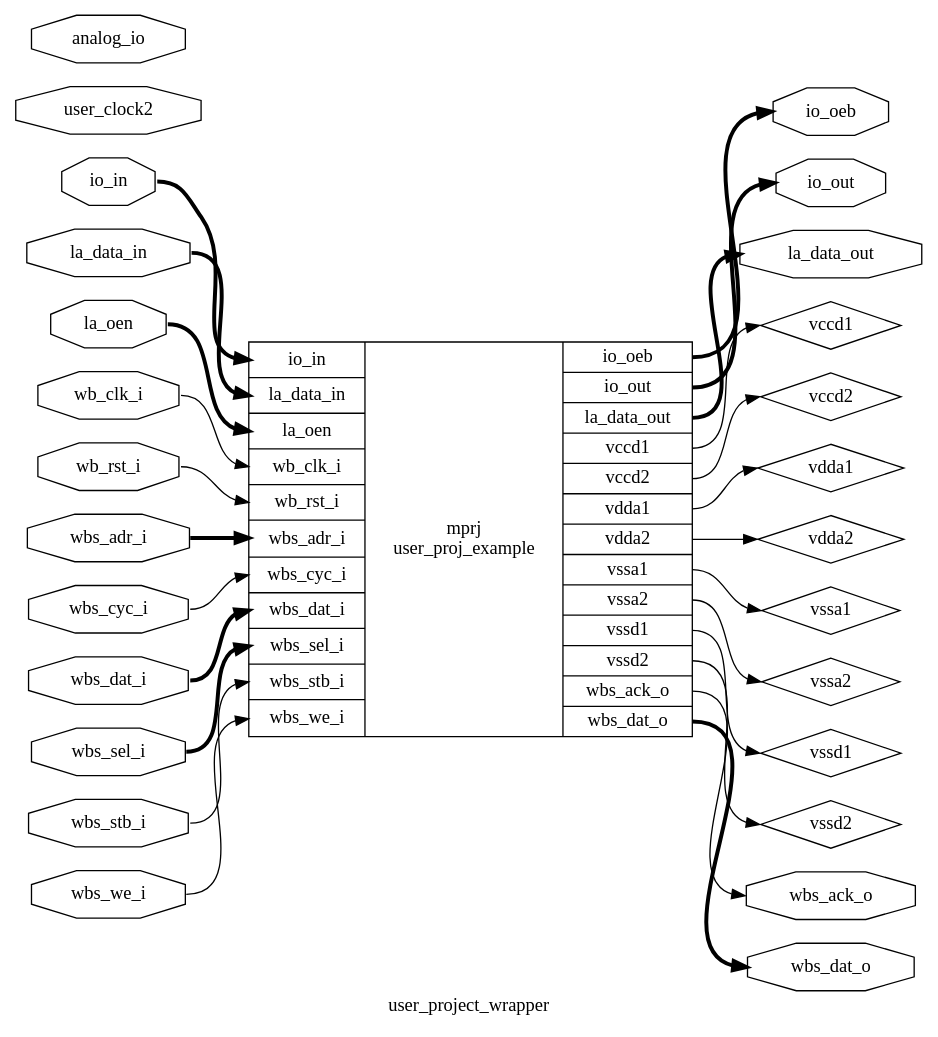
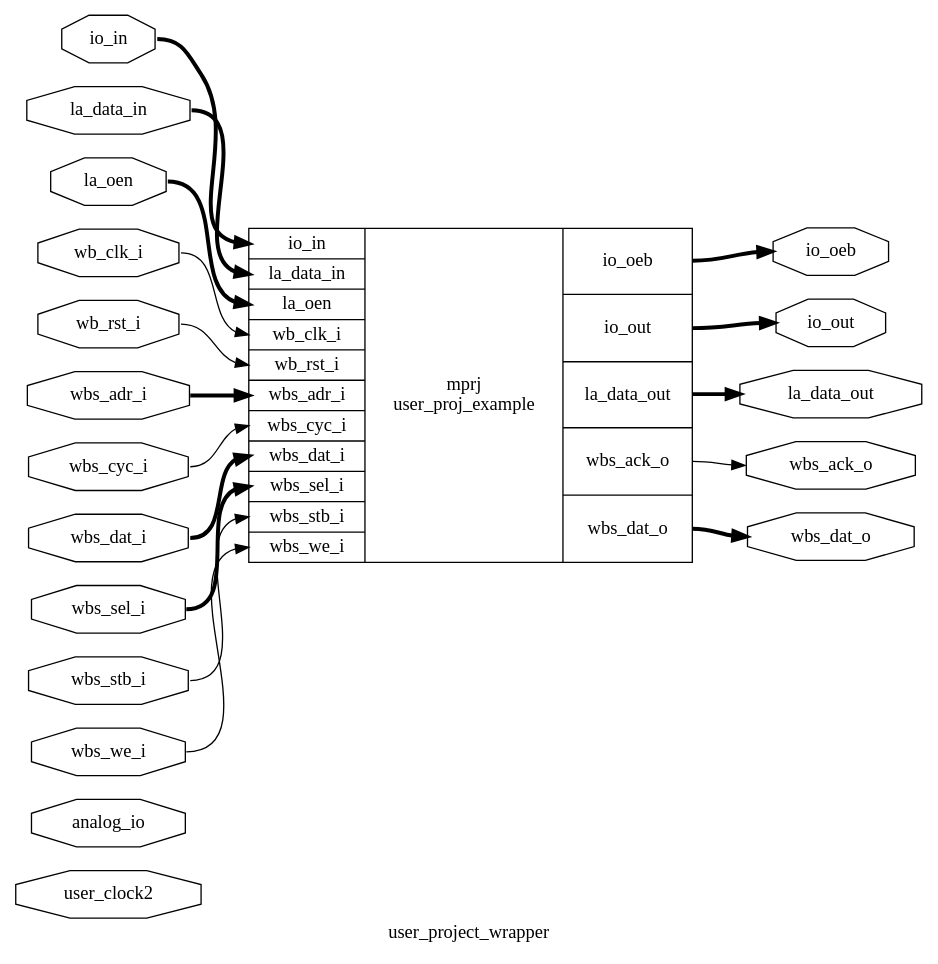
Before and after one commit to efabless/caravel-lite: the diagram in openlane/user_project_wrapper_empty/runs/user_project_wrapper_empty/tmp/synthesis/hierarchy.dot, drawn with Graphviz. The commit also changed 67 other files, not shown here.

```diff
--- a/openlane/user_project_wrapper_empty/runs/user_project_wrapper_empty/tmp/synthesis/hierarchy.dot
+++ b/openlane/user_project_wrapper_empty/runs/user_project_wrapper_empty/tmp/synthesis/hierarchy.dot
@@ -1,56 +1,40 @@
 digraph "user_project_wrapper" {
 label="user_project_wrapper";
 rankdir="LR";
 remincross=true;
-n1 [ shape=diamond, label="vssd2", color="black", fontcolor="black" ];
-n2 [ shape=diamond, label="vssd1", color="black", fontcolor="black" ];
-n3 [ shape=diamond, label="vccd2", color="black", fontcolor="black" ];
-n4 [ shape=diamond, label="vccd1", color="black", fontcolor="black" ];
-n5 [ shape=diamond, label="vssa2", color="black", fontcolor="black" ];
-n6 [ shape=diamond, label="vssa1", color="black", fontcolor="black" ];
-n7 [ shape=diamond, label="vdda2", color="black", fontcolor="black" ];
-n8 [ shape=diamond, label="vdda1", color="black", fontcolor="black" ];
-n9 [ shape=octagon, label="user_clock2", color="black", fontcolor="black" ];
-n10 [ shape=octagon, label="analog_io", color="black", fontcolor="black" ];
-n11 [ shape=octagon, label="io_oeb", color="black", fontcolor="black" ];
-n12 [ shape=octagon, label="io_out", color="black", fontcolor="black" ];
-n13 [ shape=octagon, label="io_in", color="black", fontcolor="black" ];
-n14 [ shape=octagon, label="la_oen", color="black", fontcolor="black" ];
-n15 [ shape=octagon, label="la_data_out", color="black", fontcolor="black" ];
-n16 [ shape=octagon, label="la_data_in", color="black", fontcolor="black" ];
-n17 [ shape=octagon, label="wbs_dat_o", color="black", fontcolor="black" ];
-n18 [ shape=octagon, label="wbs_ack_o", color="black", fontcolor="black" ];
-n19 [ shape=octagon, label="wbs_adr_i", color="black", fontcolor="black" ];
-n20 [ shape=octagon, label="wbs_dat_i", color="black", fontcolor="black" ];
-n21 [ shape=octagon, label="wbs_sel_i", color="black", fontcolor="black" ];
-n22 [ shape=octagon, label="wbs_we_i", color="black", fontcolor="black" ];
-n23 [ shape=octagon, label="wbs_cyc_i", color="black", fontcolor="black" ];
-n24 [ shape=octagon, label="wbs_stb_i", color="black", fontcolor="black" ];
-n25 [ shape=octagon, label="wb_rst_i", color="black", fontcolor="black" ];
-n26 [ shape=octagon, label="wb_clk_i", color="black", fontcolor="black" ];
-c27 [ shape=record, label="{{<p13> io_in|<p16> la_data_in|<p14> la_oen|<p26> wb_clk_i|<p25> wb_rst_i|<p19> wbs_adr_i|<p23> wbs_cyc_i|<p20> wbs_dat_i|<p21> wbs_sel_i|<p24> wbs_stb_i|<p22> wbs_we_i}|mprj\nuser_proj_example|{<p11> io_oeb|<p12> io_out|<p15> la_data_out|<p4> vccd1|<p3> vccd2|<p8> vdda1|<p7> vdda2|<p6> vssa1|<p5> vssa2|<p2> vssd1|<p1> vssd2|<p18> wbs_ack_o|<p17> wbs_dat_o}}" ];
-c27:p1:e -> n1:w [color="black", label=""];
-c27:p11:e -> n11:w [color="black", style="setlinewidth(3)", label=""];
-c27:p12:e -> n12:w [color="black", style="setlinewidth(3)", label=""];
-n13:e -> c27:p13:w [color="black", style="setlinewidth(3)", label=""];
-n14:e -> c27:p14:w [color="black", style="setlinewidth(3)", label=""];
-c27:p15:e -> n15:w [color="black", style="setlinewidth(3)", label=""];
-n16:e -> c27:p16:w [color="black", style="setlinewidth(3)", label=""];
-c27:p17:e -> n17:w [color="black", style="setlinewidth(3)", label=""];
-c27:p18:e -> n18:w [color="black", label=""];
-n19:e -> c27:p19:w [color="black", style="setlinewidth(3)", label=""];
-c27:p2:e -> n2:w [color="black", label=""];
-n20:e -> c27:p20:w [color="black", style="setlinewidth(3)", label=""];
-n21:e -> c27:p21:w [color="black", style="setlinewidth(3)", label=""];
-n22:e -> c27:p22:w [color="black", label=""];
-n23:e -> c27:p23:w [color="black", label=""];
-n24:e -> c27:p24:w [color="black", label=""];
-n25:e -> c27:p25:w [color="black", label=""];
-n26:e -> c27:p26:w [color="black", label=""];
-c27:p3:e -> n3:w [color="black", label=""];
-c27:p4:e -> n4:w [color="black", label=""];
-c27:p5:e -> n5:w [color="black", label=""];
-c27:p6:e -> n6:w [color="black", label=""];
-c27:p7:e -> n7:w [color="black", label=""];
-c27:p8:e -> n8:w [color="black", label=""];
+n1 [ shape=octagon, label="user_clock2", color="black", fontcolor="black" ];
+n2 [ shape=octagon, label="analog_io", color="black", fontcolor="black" ];
+n3 [ shape=octagon, label="io_oeb", color="black", fontcolor="black" ];
+n4 [ shape=octagon, label="io_out", color="black", fontcolor="black" ];
+n5 [ shape=octagon, label="io_in", color="black", fontcolor="black" ];
+n6 [ shape=octagon, label="la_oen", color="black", fontcolor="black" ];
+n7 [ shape=octagon, label="la_data_out", color="black", fontcolor="black" ];
+n8 [ shape=octagon, label="la_data_in", color="black", fontcolor="black" ];
+n9 [ shape=octagon, label="wbs_dat_o", color="black", fontcolor="black" ];
+n10 [ shape=octagon, label="wbs_ack_o", color="black", fontcolor="black" ];
+n11 [ shape=octagon, label="wbs_adr_i", color="black", fontcolor="black" ];
+n12 [ shape=octagon, label="wbs_dat_i", color="black", fontcolor="black" ];
+n13 [ shape=octagon, label="wbs_sel_i", color="black", fontcolor="black" ];
+n14 [ shape=octagon, label="wbs_we_i", color="black", fontcolor="black" ];
+n15 [ shape=octagon, label="wbs_cyc_i", color="black", fontcolor="black" ];
+n16 [ shape=octagon, label="wbs_stb_i", color="black", fontcolor="black" ];
+n17 [ shape=octagon, label="wb_rst_i", color="black", fontcolor="black" ];
+n18 [ shape=octagon, label="wb_clk_i", color="black", fontcolor="black" ];
+c19 [ shape=record, label="{{<p5> io_in|<p8> la_data_in|<p6> la_oen|<p18> wb_clk_i|<p17> wb_rst_i|<p11> wbs_adr_i|<p15> wbs_cyc_i|<p12> wbs_dat_i|<p13> wbs_sel_i|<p16> wbs_stb_i|<p14> wbs_we_i}|mprj\nuser_proj_example|{<p3> io_oeb|<p4> io_out|<p7> la_data_out|<p10> wbs_ack_o|<p9> wbs_dat_o}}" ];
+c19:p10:e -> n10:w [color="black", label=""];
+n11:e -> c19:p11:w [color="black", style="setlinewidth(3)", label=""];
+n12:e -> c19:p12:w [color="black", style="setlinewidth(3)", label=""];
+n13:e -> c19:p13:w [color="black", style="setlinewidth(3)", label=""];
+n14:e -> c19:p14:w [color="black", label=""];
+n15:e -> c19:p15:w [color="black", label=""];
+n16:e -> c19:p16:w [color="black", label=""];
+n17:e -> c19:p17:w [color="black", label=""];
+n18:e -> c19:p18:w [color="black", label=""];
+c19:p3:e -> n3:w [color="black", style="setlinewidth(3)", label=""];
+c19:p4:e -> n4:w [color="black", style="setlinewidth(3)", label=""];
+n5:e -> c19:p5:w [color="black", style="setlinewidth(3)", label=""];
+n6:e -> c19:p6:w [color="black", style="setlinewidth(3)", label=""];
+c19:p7:e -> n7:w [color="black", style="setlinewidth(3)", label=""];
+n8:e -> c19:p8:w [color="black", style="setlinewidth(3)", label=""];
+c19:p9:e -> n9:w [color="black", style="setlinewidth(3)", label=""];
 }
```
